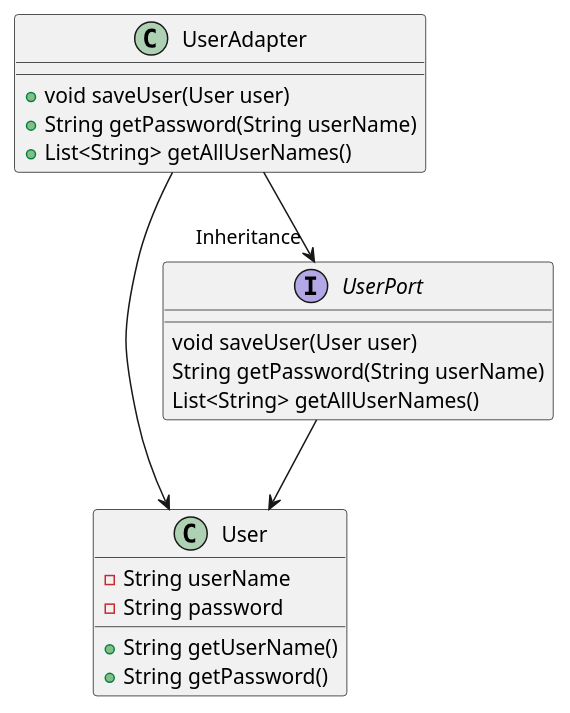
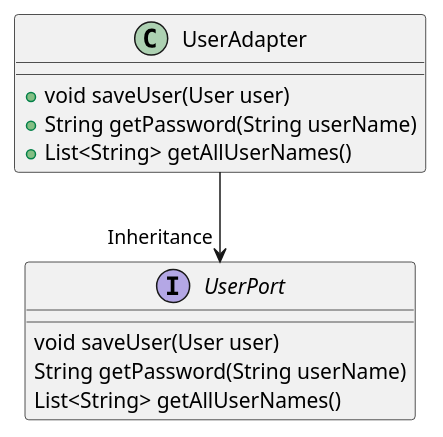
One commit to mohjohfox/cli-sudoku changed the diagram in uml/schichten_analyse/adapter_schicht_1.puml. Above: the diagram before and after it, drawn with PlantUML. The commit also changed 1 other file, not shown here.

```diff
--- a/uml/schichten_analyse/adapter_schicht_1.puml
+++ b/uml/schichten_analyse/adapter_schicht_1.puml
@@ -1,24 +1,15 @@
 @startuml
-class User {
-  - String userName
-  - String password
-  + String getUserName()
-  + String getPassword()
-}
-
 interface UserPort {
    void saveUser(User user)
    String getPassword(String userName)
    List<String> getAllUserNames()
 }
 
 class UserAdapter {
    + void saveUser(User user)
    + String getPassword(String userName)
    + List<String> getAllUserNames()
 }
 
 UserAdapter--> "Inheritance" UserPort
-UserAdapter-->User
-UserPort-->User
 @enduml
```
